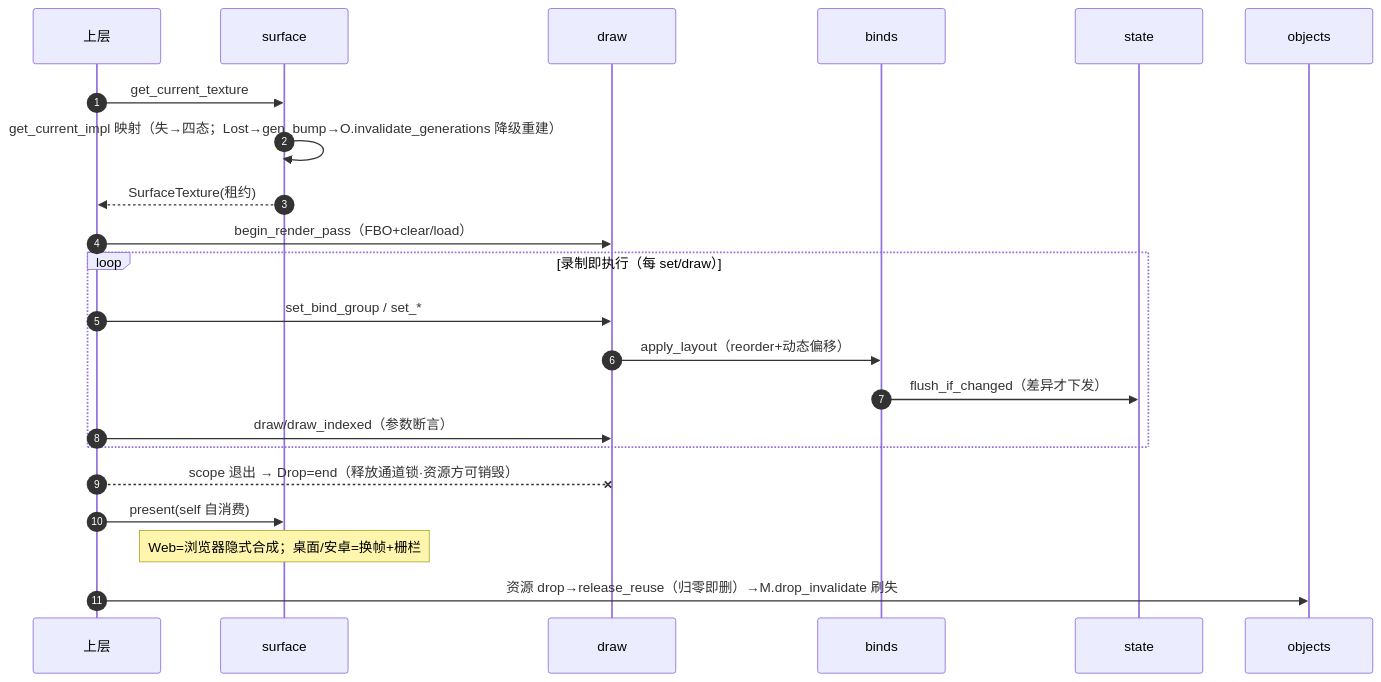
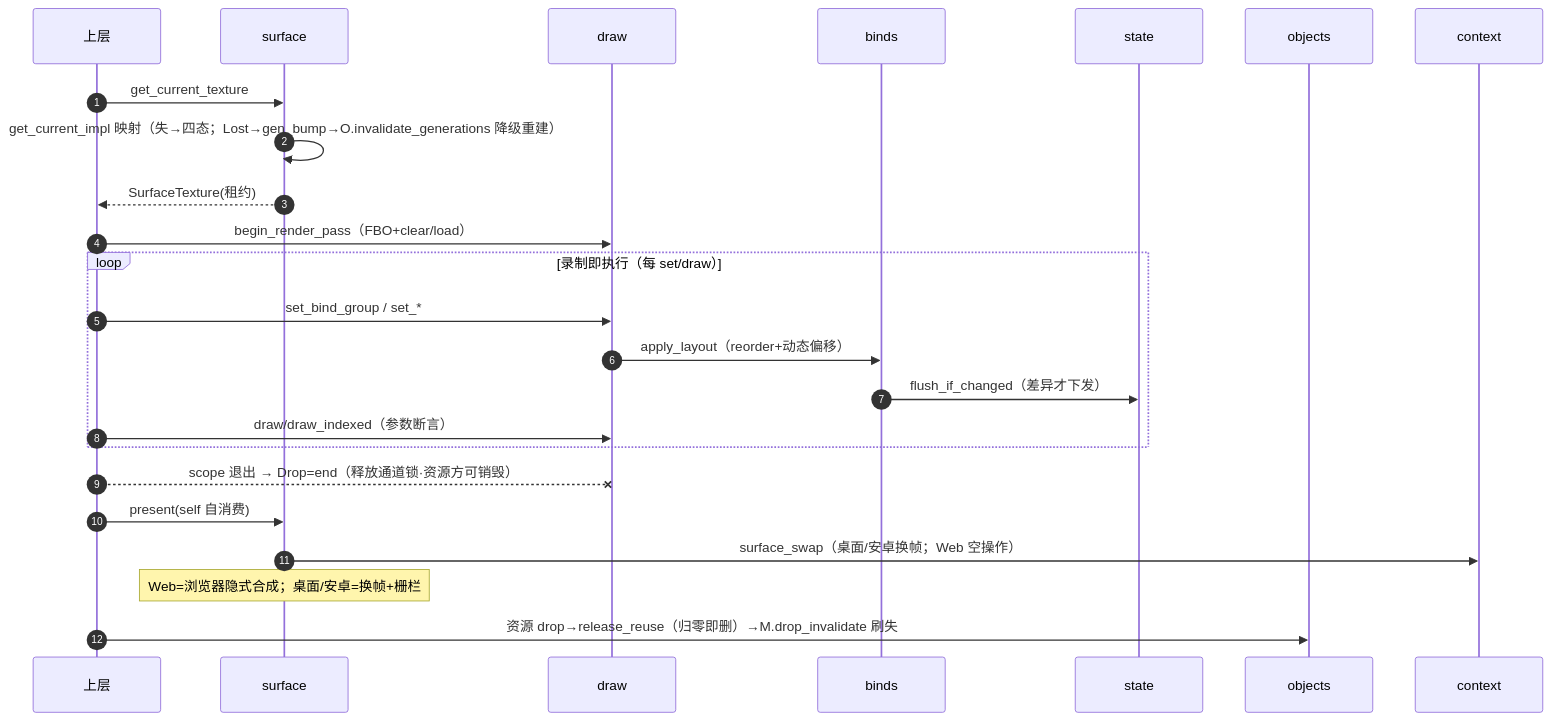
One commit to GaiaWorld/pi_wgpu changed the second of 2 diagrams in design/pi-wgpu-rebuild/07-design/call-chain.md. Above: the diagram before and after it, drawn with Mermaid. The commit also changed other lines of this file and 12 other files, not shown here.

````diff
--- a/design/pi-wgpu-rebuild/07-design/call-chain.md
+++ b/design/pi-wgpu-rebuild/07-design/call-chain.md
@@ -50,24 +53,26 @@
 ```mermaid
 sequenceDiagram
     autonumber
     participant U as 上层
     participant S as surface
     participant D as draw
     participant B as binds
     participant M as state
     participant O as objects
+    participant C as context
     U->>S: get_current_texture
     S->>S: get_current_impl 映射（失→四态；Lost→gen_bump→O.invalidate_generations 降级重建）
     S-->>U: SurfaceTexture(租约)
     U->>D: begin_render_pass（FBO+clear/load）
     loop 录制即执行（每 set/draw）
         U->>D: set_bind_group / set_*
         D->>B: apply_layout（reorder+动态偏移）
         B->>M: flush_if_changed（差异才下发）
         U->>D: draw/draw_indexed（参数断言）
     end
     U--xD: scope 退出 → Drop=end（释放通道锁·资源方可销毁）
     U->>S: present(self 自消费)
+    S->>C: surface_swap（桌面/安卓换帧；Web 空操作）
     Note over S: Web=浏览器隐式合成；桌面/安卓=换帧+栅栏
     U->>O: 资源 drop→release_reuse（归零即删）→M.drop_invalidate 刷失
 ```
````
